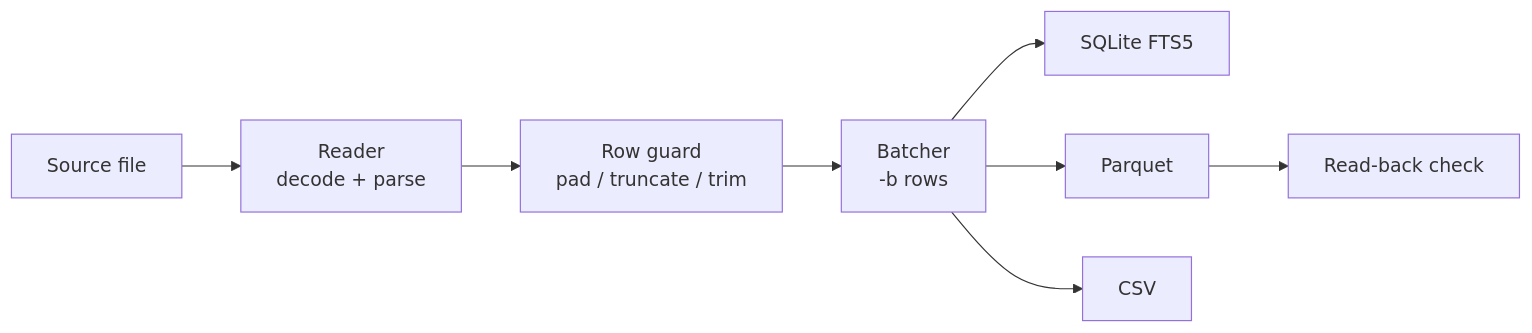
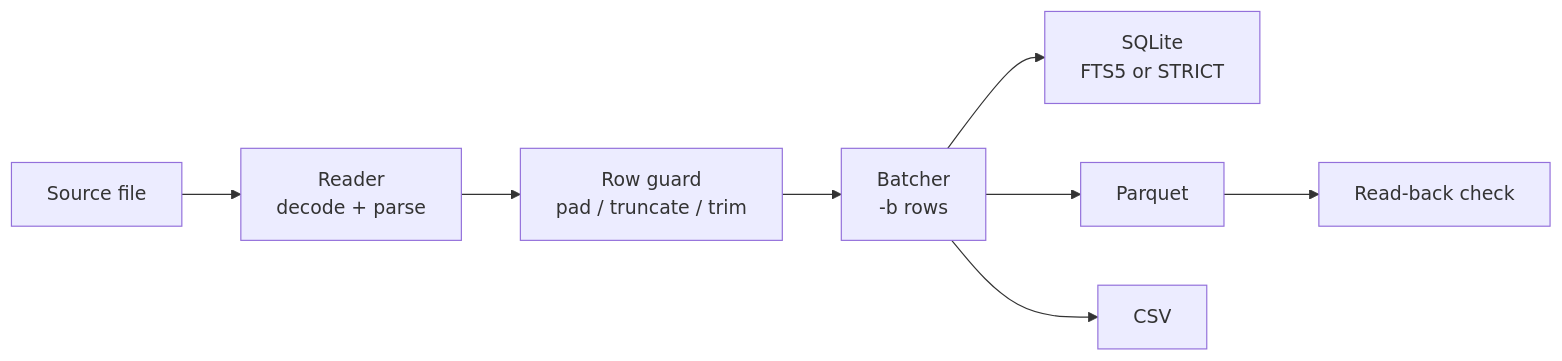
The diagram in README.md (DroBov1Tya/DBMorph), drawn with Mermaid before and after one commit. The commit also changed other lines of this file and 12 other files, not shown here.

````diff
--- a/README.md
+++ b/README.md
@@ -290,10 +331,10 @@
 ```mermaid
 flowchart LR
     A["Source file"] --> B["Reader<br/>decode + parse"]
     B --> C["Row guard<br/>pad / truncate / trim"]
     C --> D["Batcher<br/>-b rows"]
-    D --> E1["SQLite FTS5"]
+    D --> E1["SQLite<br/>FTS5 or STRICT"]
     D --> E2["Parquet"]
     D --> E3["CSV"]
     E2 --> V["Read-back check"]
 ```
````
